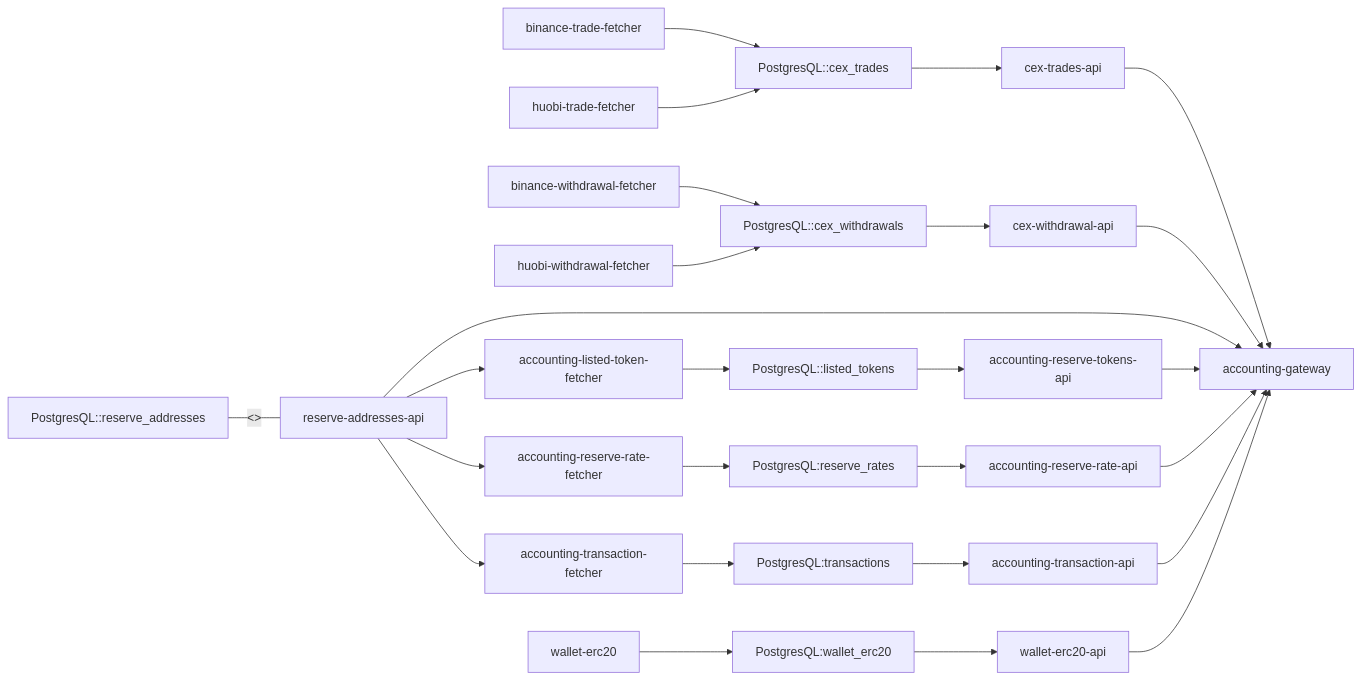
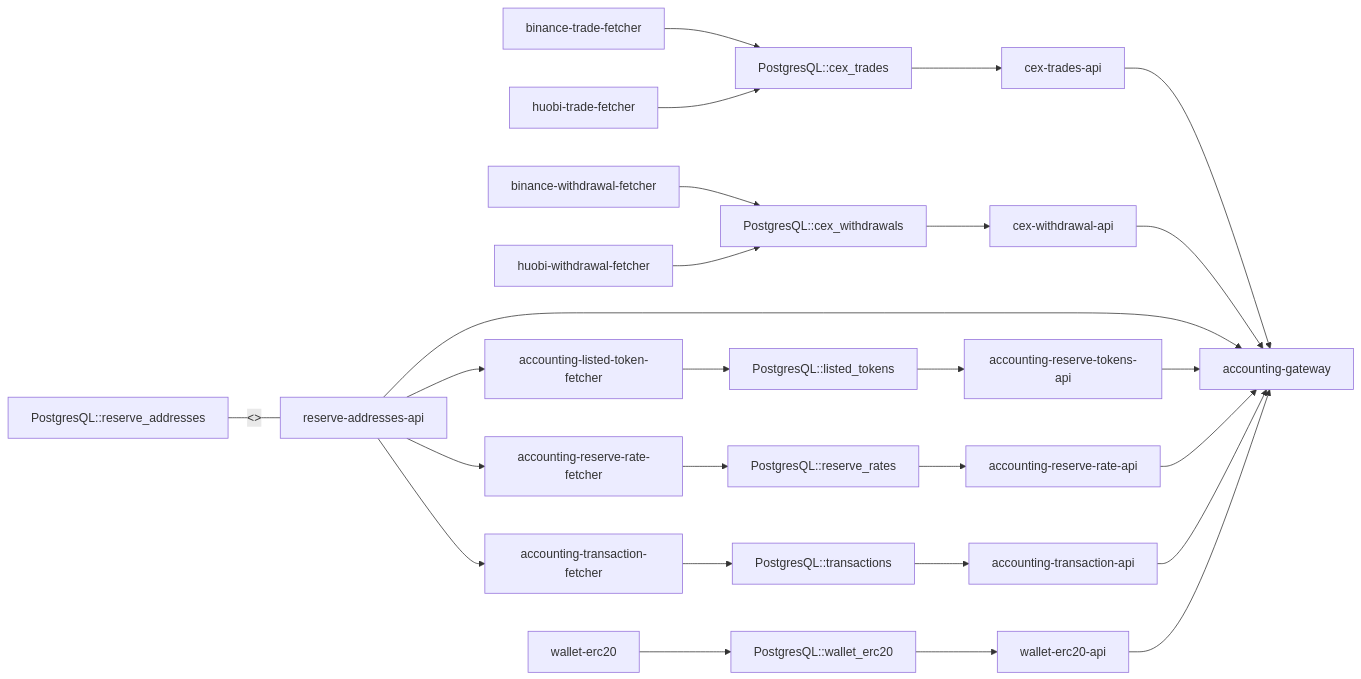
The diagram in accounting/apidocs/overview.mmd (KyberNetwork/reserve-stats), drawn with Mermaid before and after one commit.

```diff
--- a/accounting/apidocs/overview.mmd
+++ b/accounting/apidocs/overview.mmd
@@ -1,34 +1,34 @@
 graph LR
 
 binance-trade-fetcher --> PostgresQL::cex_trades
 huobi-trade-fetcher --> PostgresQL::cex_trades
 PostgresQL::cex_trades --> cex-trades-api
 cex-trades-api --> accounting-gateway
 
 binance-withdrawal-fetcher --> PostgresQL::cex_withdrawals
 huobi-withdrawal-fetcher --> PostgresQL::cex_withdrawals
 PostgresQL::cex_withdrawals --> cex-withdrawal-api
 cex-withdrawal-api --> accounting-gateway
 
 PostgresQL::reserve_addresses ---|<>|reserve-addresses-api
 reserve-addresses-api --> accounting-gateway
 
 reserve-addresses-api --> accounting-listed-token-fetcher
 accounting-listed-token-fetcher --> PostgresQL::listed_tokens
 PostgresQL::listed_tokens --> accounting-reserve-tokens-api
 accounting-reserve-tokens-api --> accounting-gateway
 
 reserve-addresses-api --> accounting-reserve-rate-fetcher
-accounting-reserve-rate-fetcher --> PostgresQL:reserve_rates
-PostgresQL:reserve_rates --> accounting-reserve-rate-api
+accounting-reserve-rate-fetcher --> PostgresQL::reserve_rates
+PostgresQL::reserve_rates --> accounting-reserve-rate-api
 accounting-reserve-rate-api --> accounting-gateway
 
 reserve-addresses-api --> accounting-transaction-fetcher
-accounting-transaction-fetcher --> PostgresQL:transactions
-PostgresQL:transactions --> accounting-transaction-api
+accounting-transaction-fetcher --> PostgresQL::transactions
+PostgresQL::transactions --> accounting-transaction-api
 accounting-transaction-api --> accounting-gateway
 
 
-wallet-erc20 --> PostgresQL:wallet_erc20
-PostgresQL:wallet_erc20 --> wallet-erc20-api
+wallet-erc20 --> PostgresQL::wallet_erc20
+PostgresQL::wallet_erc20 --> wallet-erc20-api
 wallet-erc20-api --> accounting-gateway
```
